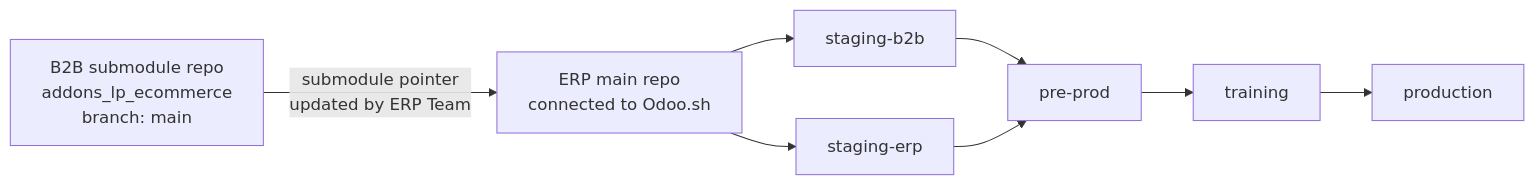
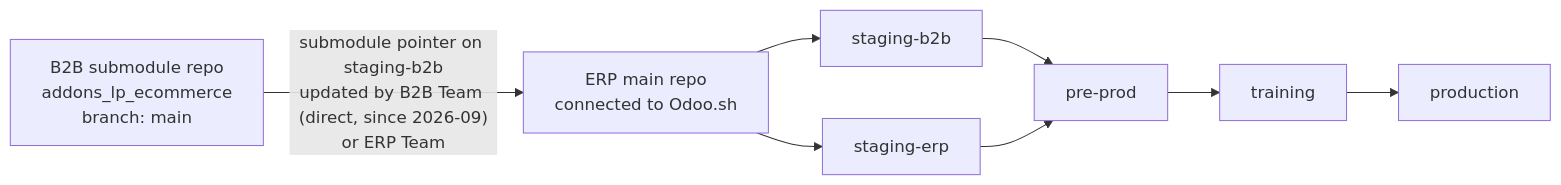
One commit to LaplaceSoftware/lp_projects_docs changed the third of 8 diagrams in docs/b2b_ecommerce_docs/_technical_docs/014-Deployment-Architecture.md. Above: the diagram before and after it, drawn with Mermaid. The commit also changed other lines of this file and 3 other files, not shown here.

First line of the commit message:
Document staging-b2b direct submodule access; add 018.2 checklist

````diff
--- a/docs/b2b_ecommerce_docs/_technical_docs/014-Deployment-Architecture.md
+++ b/docs/b2b_ecommerce_docs/_technical_docs/014-Deployment-Architecture.md
@@ -63,10 +63,10 @@
 ```mermaid
 flowchart LR
-    B2B["B2B submodule repo<br/>addons_lp_ecommerce<br/>branch: main"] -->|"submodule pointer<br/>updated by ERP Team"| ERP["ERP main repo<br/>connected to Odoo.sh"]
+    B2B["B2B submodule repo<br/>addons_lp_ecommerce<br/>branch: main"] -->|"submodule pointer on staging-b2b<br/>updated by B2B Team (direct, since 2026-09)<br/>or ERP Team"| ERP["ERP main repo<br/>connected to Odoo.sh"]
     ERP --> SB["staging-b2b"]
     ERP --> SE["staging-erp"]
     SB --> PP["pre-prod"]
     SE --> PP
     PP --> TR["training"]
     TR --> PR["production"]
 ```
````
